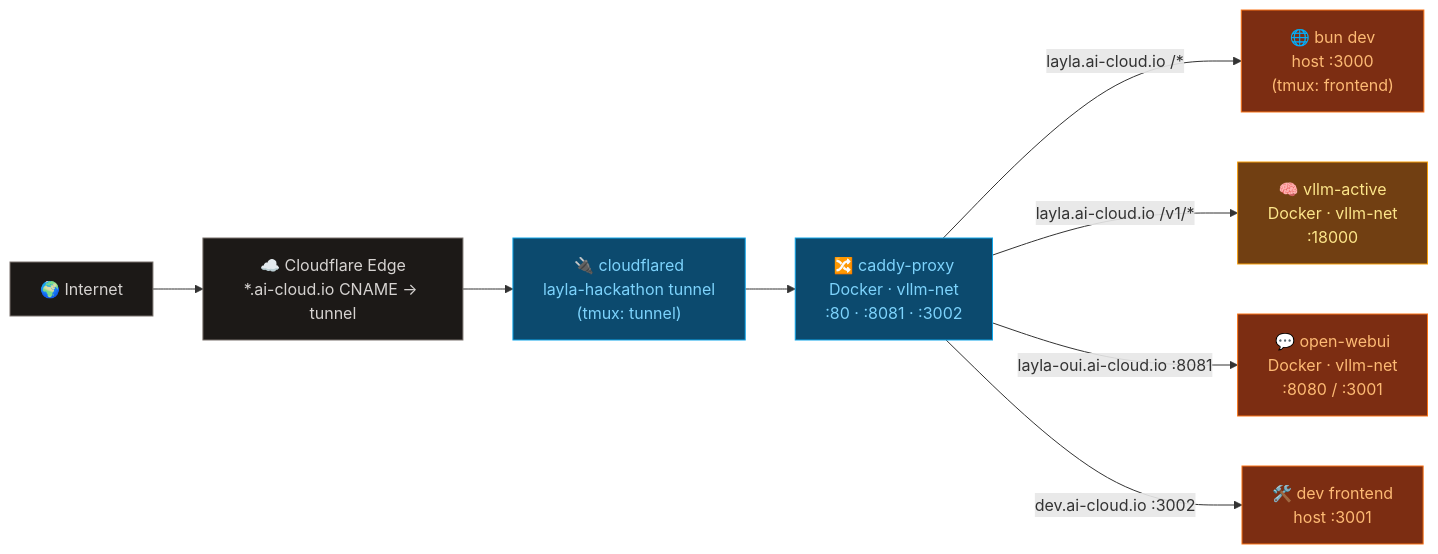
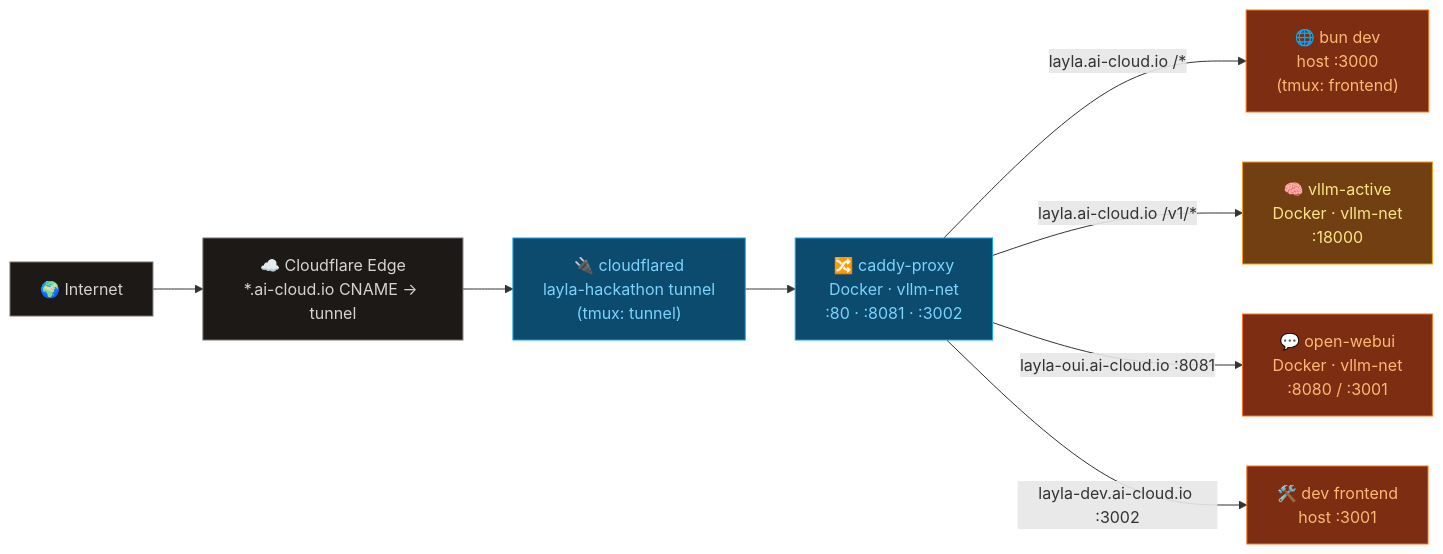
One commit to hjklasdfg/layla changed the second of 3 diagrams in README.md. Above: the diagram before and after it, drawn with Mermaid. The commit also changed other lines of this file and 1 other file, not shown here.

Commit message:
Rename dev.ai-cloud.io to layla-dev.ai-cloud.io; restore CLAUDE.md to git

````diff
--- a/README.md
+++ b/README.md
@@ -104,22 +104,22 @@
 ```mermaid
 flowchart LR
     INET["🌍 Internet"]:::external
     CF["☁️ Cloudflare Edge<br/>*.ai-cloud.io CNAME → tunnel"]:::external
     CLD["🔌 cloudflared<br/>layla-hackathon tunnel<br/>(tmux: tunnel)"]:::runtime
     CADDY["🔀 caddy-proxy<br/>Docker · vllm-net<br/>:80 · :8081 · :3002"]:::runtime
     VLLM["🧠 vllm-active<br/>Docker · vllm-net<br/>:18000"]:::model
     OUI["💬 open-webui<br/>Docker · vllm-net<br/>:8080 / :3001"]:::app
     FE["🌐 bun dev<br/>host :3000<br/>(tmux: frontend)"]:::app
     DEV["🛠️ dev frontend<br/>host :3001"]:::app
 
     INET --> CF --> CLD --> CADDY
     CADDY -->|"layla.ai-cloud.io /*"| FE
     CADDY -->|"layla.ai-cloud.io /v1/*"| VLLM
     CADDY -->|"layla-oui.ai-cloud.io :8081"| OUI
-    CADDY -->|"dev.ai-cloud.io :3002"| DEV
+    CADDY -->|"layla-dev.ai-cloud.io :3002"| DEV
 
     classDef external fill:#1c1917,color:#d6d3d1,stroke:#78716c
     classDef runtime  fill:#0c4a6e,color:#7dd3fc,stroke:#0ea5e9
     classDef model    fill:#713f12,color:#fde68a,stroke:#f59e0b
     classDef app      fill:#7c2d12,color:#fdba74,stroke:#f97316
 ```
````
